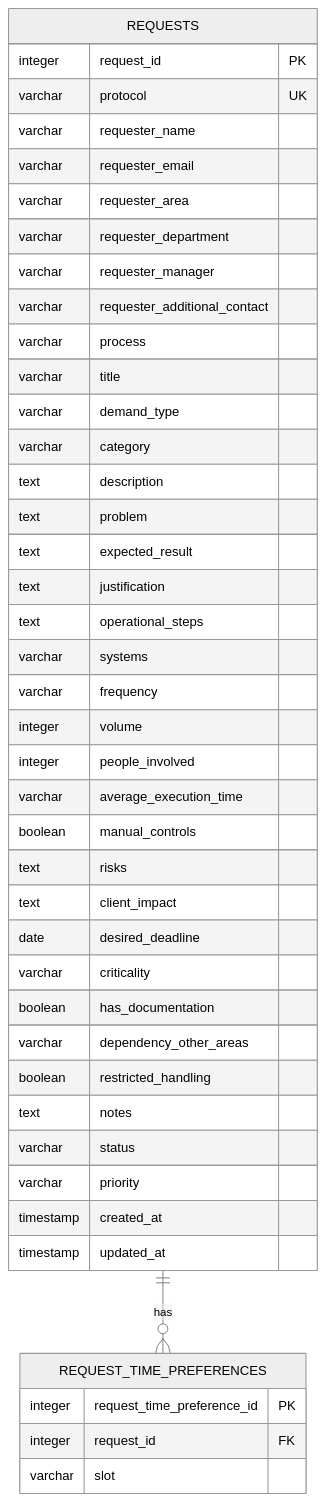
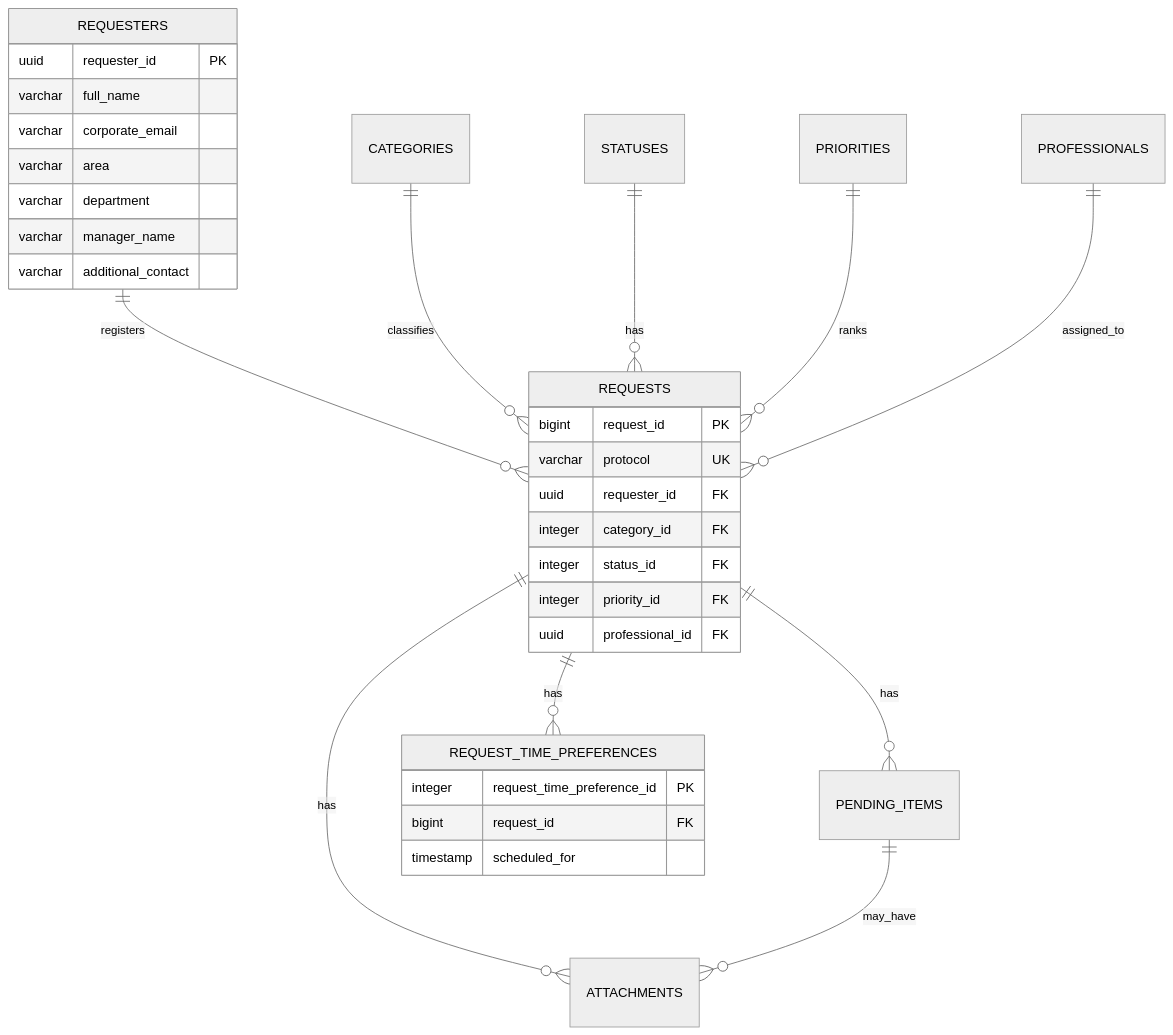
Before and after one commit to NEO-Kaizen/backend: the diagram in docs/database/requests-persistence.md, drawn with Mermaid (neutral theme). The commit also changed other lines of this file, not shown here.

Commit message:
docs(database): rewrite requests persistence documentation

````diff
--- a/docs/database/requests-persistence.md
+++ b/docs/database/requests-persistence.md
@@ -22,48 +39,38 @@
 ```mermaid
 erDiagram
+    REQUESTERS ||--o{ REQUESTS : registers
+    CATEGORIES ||--o{ REQUESTS : classifies
+    STATUSES ||--o{ REQUESTS : has
+    PRIORITIES ||--o{ REQUESTS : ranks
+    PROFESSIONALS ||--o{ REQUESTS : assigned_to
+    REQUESTS ||--o{ PENDING_ITEMS : has
+    REQUESTS ||--o{ ATTACHMENTS : has
     REQUESTS ||--o{ REQUEST_TIME_PREFERENCES : has
+    PENDING_ITEMS ||--o{ ATTACHMENTS : may_have
+
+    REQUESTERS {
+        uuid requester_id PK
+        varchar full_name
+        varchar corporate_email
+        varchar area
+        varchar department
+        varchar manager_name
+        varchar additional_contact
+    }
 
     REQUESTS {
-        integer request_id PK
+        bigint request_id PK
         varchar protocol UK
-        varchar requester_name
-        varchar requester_email
-        varchar requester_area
-        varchar requester_department
-        varchar requester_manager
-        varchar requester_additional_contact
-        varchar process
-        varchar title
-        varchar demand_type
-        varchar category
-        text description
-        text problem
-        text expected_result
-        text justification
-        text operational_steps
-        varchar systems
-        varchar frequency
-        integer volume
-        integer people_involved
-        varchar average_execution_time
-        boolean manual_controls
-        text risks
-        text client_impact
-        date desired_deadline
-        varchar criticality
-        boolean has_documentation
-        varchar dependency_other_areas
-        boolean restricted_handling
-        text notes
-        varchar status
-        varchar priority
-        timestamp created_at
-        timestamp updated_at
+        uuid requester_id FK
+        integer category_id FK
+        integer status_id FK
+        integer priority_id FK
+        uuid professional_id FK
     }
 
     REQUEST_TIME_PREFERENCES {
         integer request_time_preference_id PK
-        integer request_id FK
-        varchar slot
+        bigint request_id FK
+        timestamp scheduled_for
     }
 ```
````
